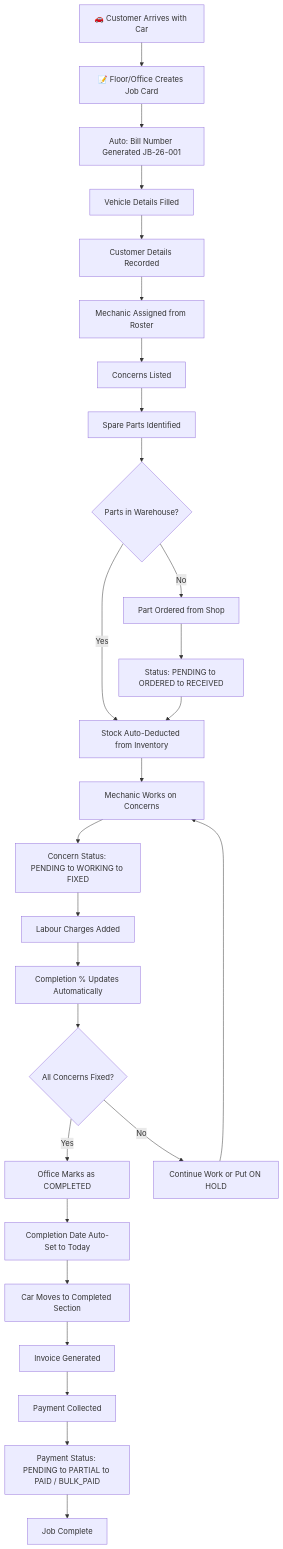
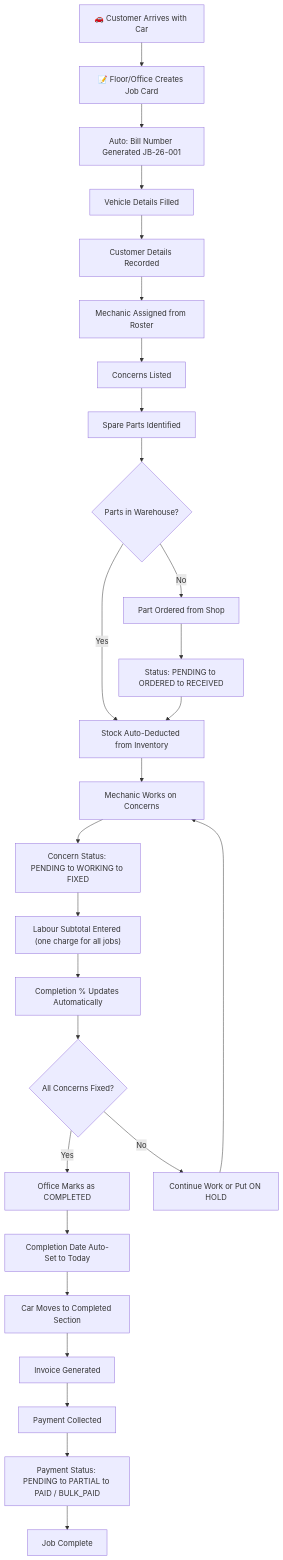
The first of 2 diagrams in OPERATIONAL_BLUEPRINT.md (Irshaduu/WorkshopOS), drawn with Mermaid before and after one commit. The commit also changed other lines of this file and 28 other files, not shown here.

````diff
--- a/OPERATIONAL_BLUEPRINT.md
+++ b/OPERATIONAL_BLUEPRINT.md
@@ -14,33 +14,33 @@
 ```mermaid
 graph TD
     A["🚗 Customer Arrives with Car"] --> B["📝 Floor/Office Creates Job Card"]
     B --> C["Auto: Bill Number Generated JB-26-001"]
     C --> D["Vehicle Details Filled"]
     D --> E["Customer Details Recorded"]
     E --> F["Mechanic Assigned from Roster"]
     F --> G["Concerns Listed"]
     G --> H["Spare Parts Identified"]
 
     H --> I{"Parts in Warehouse?"}
     I -->|"Yes"| J["Stock Auto-Deducted from Inventory"]
     I -->|"No"| K["Part Ordered from Shop"]
     K --> L["Status: PENDING to ORDERED to RECEIVED"]
     L --> J
 
     J --> M["Mechanic Works on Concerns"]
     M --> N["Concern Status: PENDING to WORKING to FIXED"]
-    N --> O["Labour Charges Added"]
+    N --> O["Labour Subtotal Entered (one charge for all jobs)"]
     O --> P["Completion % Updates Automatically"]
 
     P --> Q{"All Concerns Fixed?"}
     Q -->|"Yes"| R["Office Marks as COMPLETED"]
     Q -->|"No"| S["Continue Work or Put ON HOLD"]
     S --> M
 
     R --> T["Completion Date Auto-Set to Today"]
     T --> U["Car Moves to Completed Section"]
     U --> V["Invoice Generated"]
     V --> W["Payment Collected"]
     W --> X["Payment Status: PENDING to PARTIAL to PAID / BULK_PAID"]
     X --> Y["Job Complete"]
 ```
````
